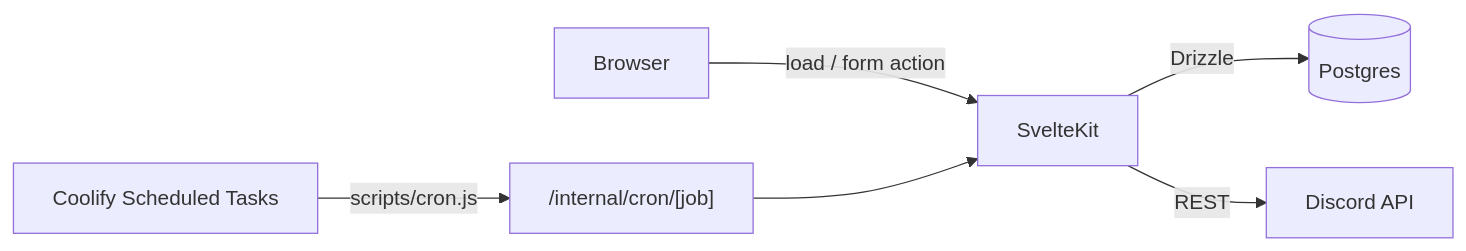
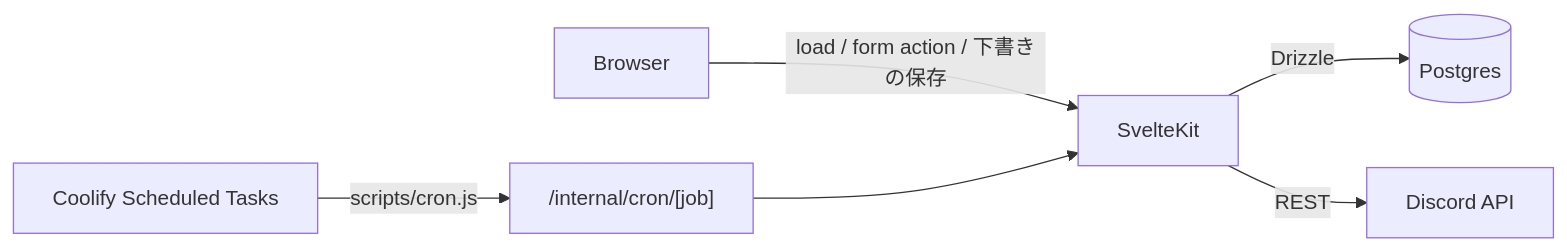
Before and after one commit to nakomochi/quorum: the first of 4 diagrams in docs/architecture.md, drawn with Mermaid. The commit also changed other lines of this file and 27 other files, not shown here.

````diff
--- a/docs/architecture.md
+++ b/docs/architecture.md
@@ -7,8 +7,8 @@
 ```mermaid
 flowchart LR
-  Browser -->|load / form action| App[SvelteKit]
+  Browser -->|load / form action / 下書きの保存| App[SvelteKit]
   Coolify[Coolify Scheduled Tasks] -->|scripts/cron.js| Cron["/internal/cron/[job]"]
   Cron --> App
   App -->|Drizzle| Postgres[(Postgres)]
   App -->|REST| Discord[Discord API]
 ```
````
